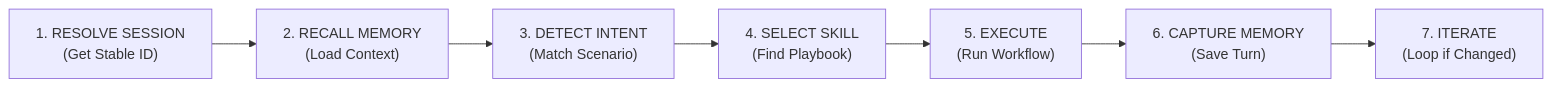
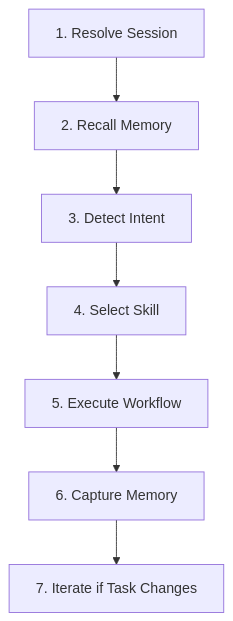
Before and after one commit to kinqsradiollc/BrainRouter: the first of 2 diagrams in PRESENTATION.md, drawn with Mermaid. The commit also changed other lines of this file and 3 other files, not shown here.

Commit message:
refactor: simplify Mermaid diagrams across documentation files to improve visual clarity and consistency

````diff
--- a/PRESENTATION.md
+++ b/PRESENTATION.md
@@ -143,9 +143,9 @@
 ```mermaid
-graph LR
-    A["1. RESOLVE SESSION\n(Get Stable ID)"] --> B["2. RECALL MEMORY\n(Load Context)"]
-    B --> C["3. DETECT INTENT\n(Match Scenario)"]
-    C --> D["4. SELECT SKILL\n(Find Playbook)"]
-    D --> E["5. EXECUTE\n(Run Workflow)"]
-    E --> F["6. CAPTURE MEMORY\n(Save Turn)"]
-    F --> G["7. ITERATE\n(Loop if Changed)"]
+graph TD
+    A["1. Resolve Session"] --> B["2. Recall Memory"]
+    B --> C["3. Detect Intent"]
+    C --> D["4. Select Skill"]
+    D --> E["5. Execute Workflow"]
+    E --> F["6. Capture Memory"]
+    F --> G["7. Iterate if Task Changes"]
 ```
````
